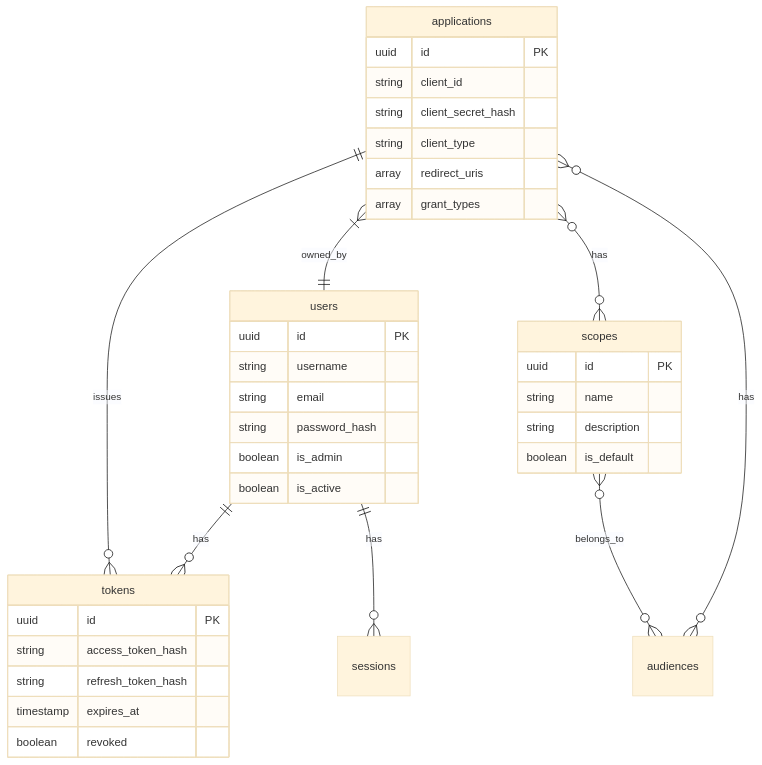
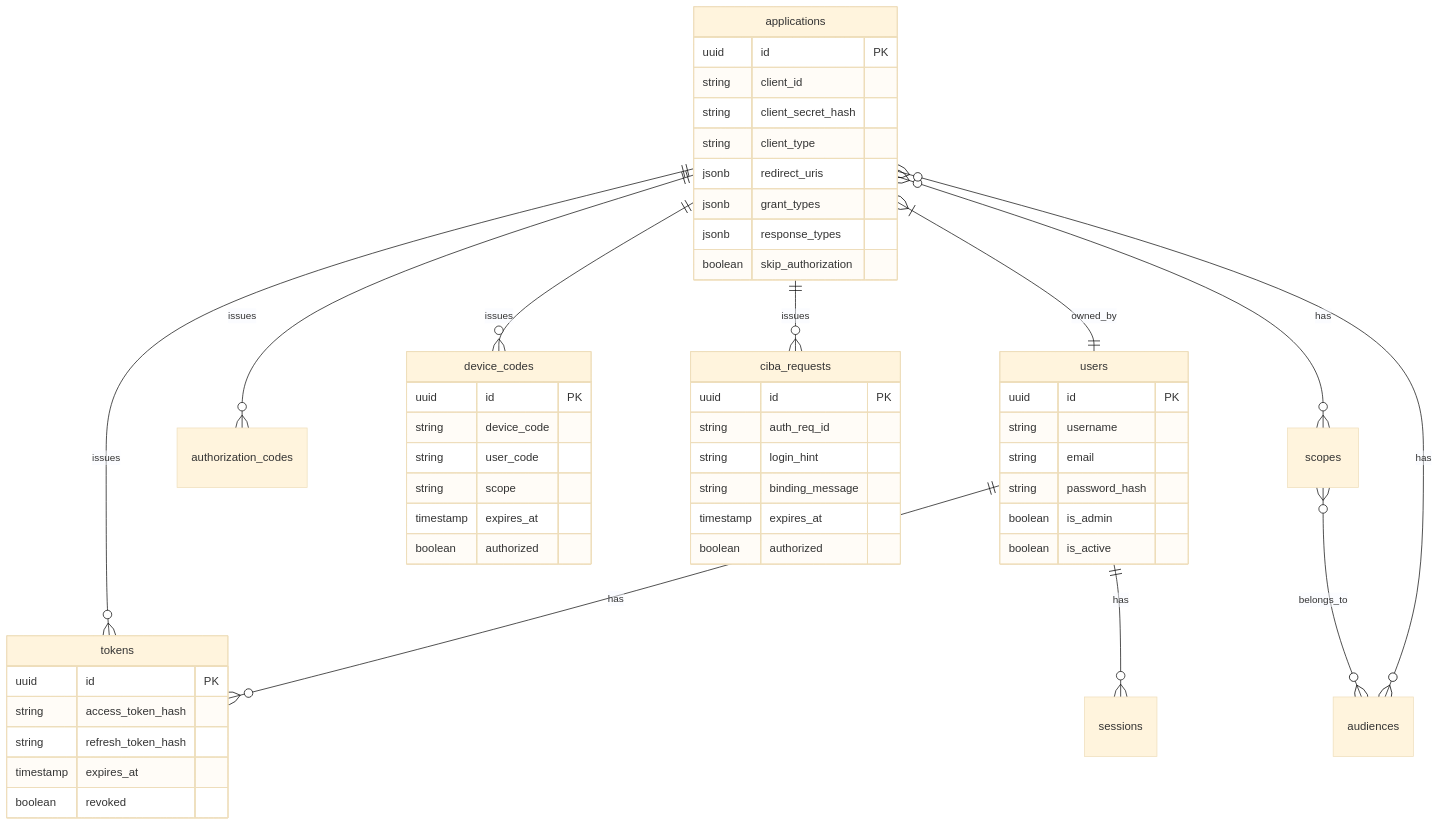
One commit to royzah/OryxID changed the second of 2 diagrams in backend/README.md. Above: the diagram before and after it, drawn with Mermaid (base theme). The commit also changed other lines of this file and 2 other files, not shown here.

First line of the commit message:
docs: Update project documentation with comprehensive OAuth flow coverage

````diff
--- a/backend/README.md
+++ b/backend/README.md
@@ -244,43 +363,59 @@
 ```mermaid
 erDiagram
     users ||--o{ tokens : has
     users ||--o{ sessions : has
     applications ||--o{ tokens : issues
+    applications ||--o{ authorization_codes : issues
+    applications ||--o{ device_codes : issues
+    applications ||--o{ ciba_requests : issues
     applications }|--|| users : owned_by
     applications }o--o{ scopes : has
     applications }o--o{ audiences : has
     scopes }o--o{ audiences : belongs_to
 
     users {
         uuid id PK
         string username
         string email
         string password_hash
         boolean is_admin
         boolean is_active
     }
 
     applications {
         uuid id PK
         string client_id
         string client_secret_hash
         string client_type
-        array redirect_uris
-        array grant_types
+        jsonb redirect_uris
+        jsonb grant_types
+        jsonb response_types
+        boolean skip_authorization
     }
 
     tokens {
         uuid id PK
         string access_token_hash
         string refresh_token_hash
         timestamp expires_at
         boolean revoked
     }
 
-    scopes {
+    device_codes {
         uuid id PK
-        string name
-        string description
-        boolean is_default
+        string device_code
+        string user_code
+        string scope
+        timestamp expires_at
+        boolean authorized
+    }
+
+    ciba_requests {
+        uuid id PK
+        string auth_req_id
+        string login_hint
+        string binding_message
+        timestamp expires_at
+        boolean authorized
     }
 ```
````
